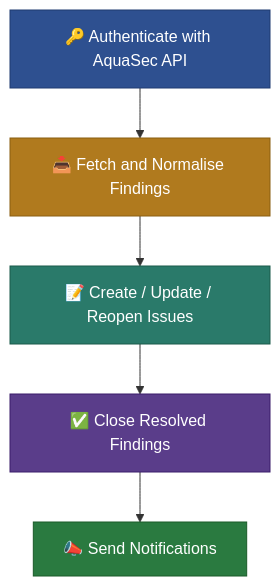
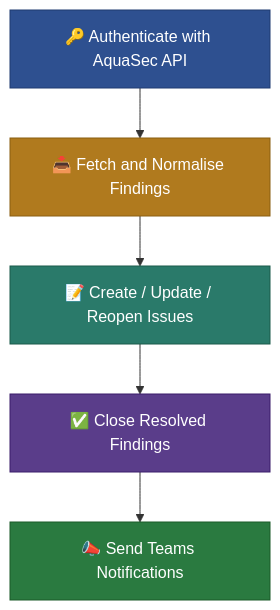
The diagram in docs/security/security.md (AbsaOSS/organizational-workflows), drawn with Mermaid before and after one commit. The commit also changed other lines of this file and 22 other files, not shown here.

````diff
--- a/docs/security/security.md
+++ b/docs/security/security.md
@@ -17,16 +17,16 @@
 ```mermaid
 flowchart TD
     A["🔑 Authenticate with AquaSec API"]
     B["📥 Fetch and Normalise Findings"]
     C["📝 Create / Update / Reopen Issues"]
     D["✅ Close Resolved Findings"]
-    E["📣 Send Notifications"]
+    E["📣 Send Teams Notifications"]
 
     A --> B --> C --> D --> E
 
     style A fill:#2e5090,color:#fff,stroke:#1e3a70
     style B fill:#b07a1e,color:#fff,stroke:#8a5e10
     style C fill:#2a7a6a,color:#fff,stroke:#1a5a4a
     style D fill:#5a3d8a,color:#fff,stroke:#3a1d6a
     style E fill:#2a7a40,color:#fff,stroke:#1a5a28
 ```
````
